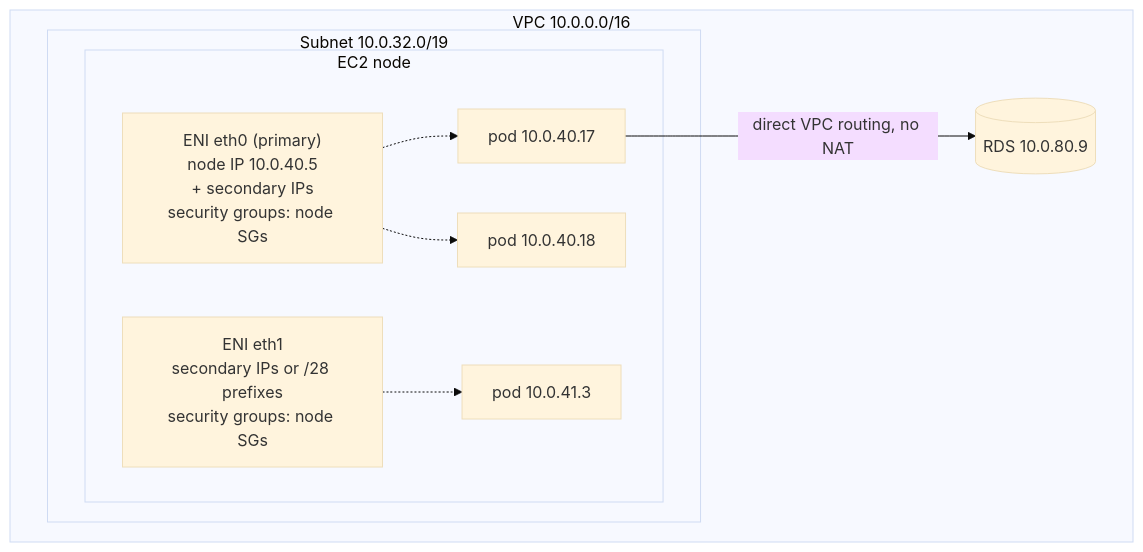
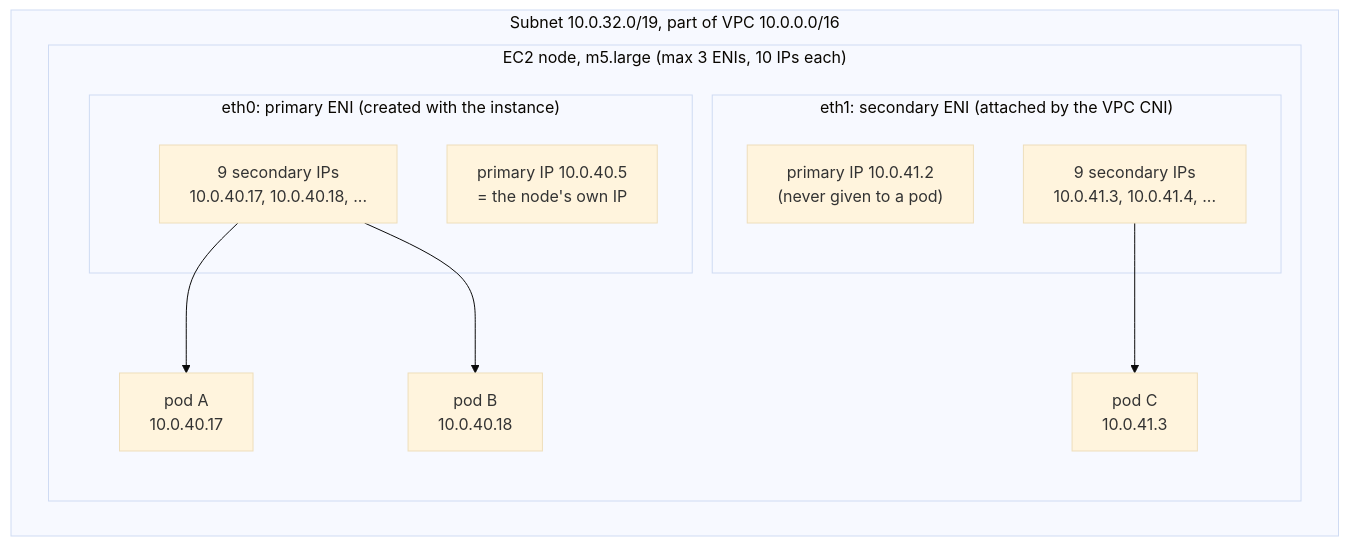
Before and after one commit to harisheoran/harisheoran.github.io: the eighth of 22 diagrams in content/engineering/network/eks-network-policies/index.md, drawn with Mermaid (base theme). The commit also changed other lines of this file, not shown here.

````diff
--- a/content/engineering/network/eks-network-policies/index.md
+++ b/content/engineering/network/eks-network-policies/index.md
@@ -358,19 +439,21 @@
 ```mermaid
 flowchart TB
-    subgraph VPC["VPC 10.0.0.0/16"]
-        subgraph SUB["Subnet 10.0.32.0/19"]
-            subgraph EC2["EC2 node"]
-                ENI0["ENI eth0 (primary)<br/>node IP 10.0.40.5<br/>+ secondary IPs<br/>security groups: node SGs"]
-                ENI1["ENI eth1<br/>secondary IPs or /28 prefixes<br/>security groups: node SGs"]
-                P1["pod 10.0.40.17"]
-                P2["pod 10.0.40.18"]
-                P3["pod 10.0.41.3"]
-                ENI0 -.-> P1
-                ENI0 -.-> P2
-                ENI1 -.-> P3
+    subgraph SUB["Subnet 10.0.32.0/19, part of VPC 10.0.0.0/16"]
+        subgraph EC2["EC2 node, m5.large (max 3 ENIs, 10 IPs each)"]
+            subgraph E0["eth0: primary ENI (created with the instance)"]
+                E0P["primary IP 10.0.40.5<br/>= the node's own IP"]
+                E0S["9 secondary IPs<br/>10.0.40.17, 10.0.40.18, ..."]
             end
+            subgraph E1["eth1: secondary ENI (attached by the VPC CNI)"]
+                E1P["primary IP 10.0.41.2<br/>(never given to a pod)"]
+                E1S["9 secondary IPs<br/>10.0.41.3, 10.0.41.4, ..."]
+            end
+            P1["pod A<br/>10.0.40.17"]
+            P2["pod B<br/>10.0.40.18"]
+            P3["pod C<br/>10.0.41.3"]
         end
-        RDS[("RDS 10.0.80.9")]
     end
-    P1 -->|"direct VPC routing, no NAT"| RDS
+    E0S --> P1
+    E0S --> P2
+    E1S --> P3
 ```
````
